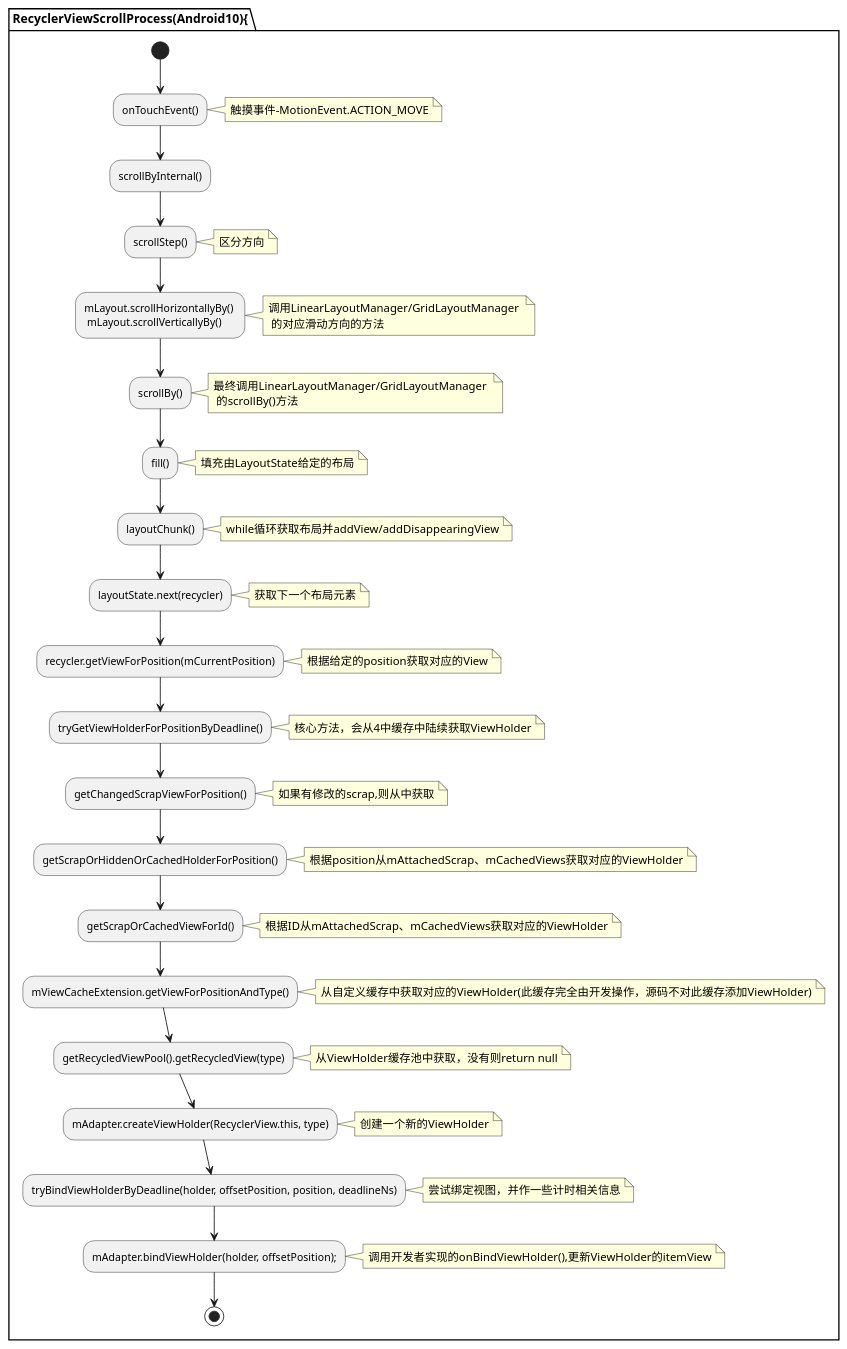
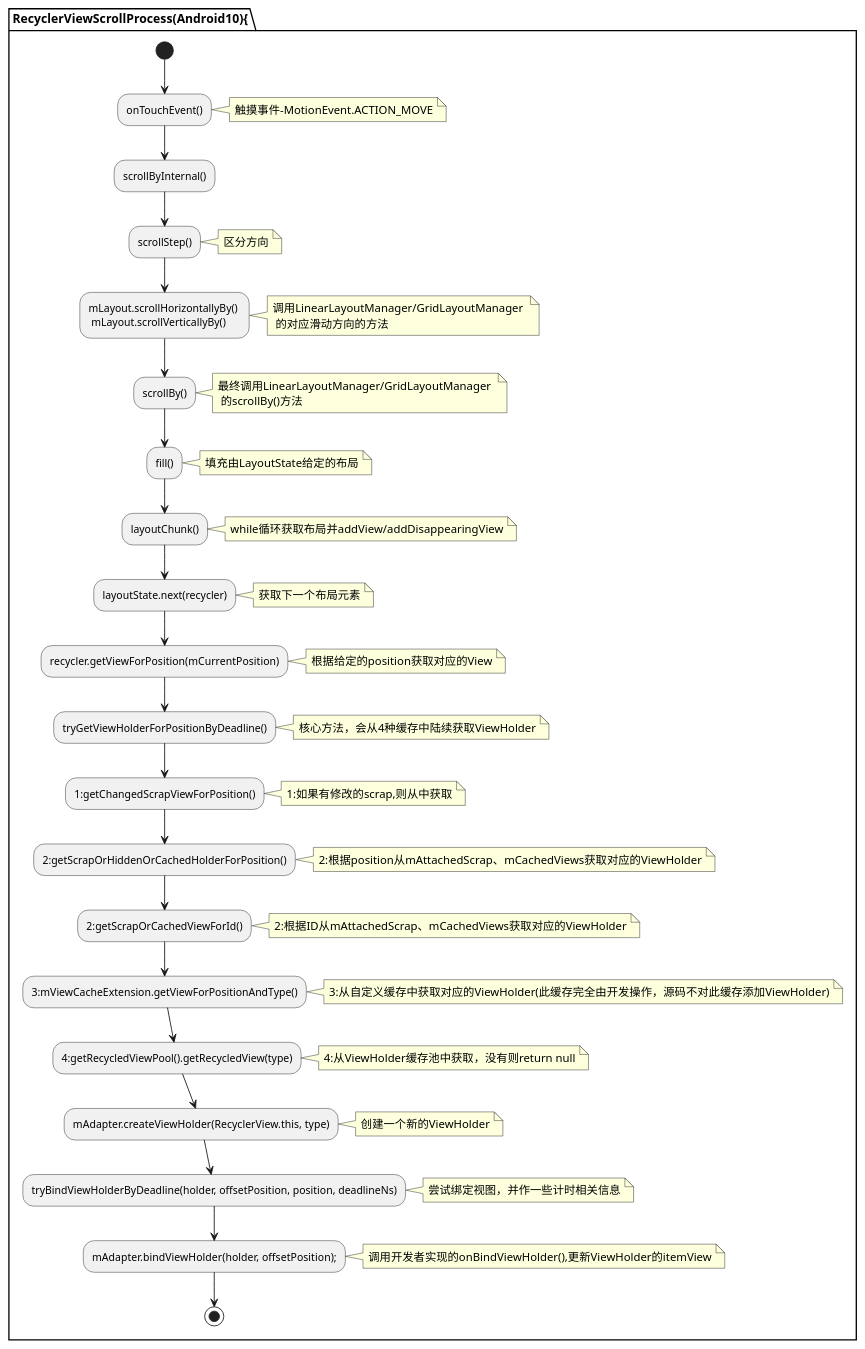
Before and after one commit to qiaodier/MVPDemo: the diagram in uml/RecyclerViewScrollProcess.puml, drawn with PlantUML.

Commit message:
更新流程描述

```diff
--- a/uml/RecyclerViewScrollProcess.puml
+++ b/uml/RecyclerViewScrollProcess.puml
@@ -1,43 +1,43 @@
 @startuml
 'https://plantuml.com/sequence-diagram
 
 partition RecyclerViewScrollProcess(Android10){
 (*) --> onTouchEvent()
 note right: 触摸事件-MotionEvent.ACTION_MOVE
 --> scrollByInternal()
 --> scrollStep()
 note right: 区分方向
 --> mLayout.scrollHorizontallyBy() \n mLayout.scrollVerticallyBy()
 note right:调用LinearLayoutManager/GridLayoutManager \n 的对应滑动方向的方法
 --> scrollBy()
 note right:最终调用LinearLayoutManager/GridLayoutManager \n 的scrollBy()方法
 --> fill()
 note right:填充由LayoutState给定的布局
 --> layoutChunk()
 note right:while循环获取布局并addView/addDisappearingView
 --> layoutState.next(recycler)
 note right:获取下一个布局元素
 --> recycler.getViewForPosition(mCurrentPosition)
 note right:根据给定的position获取对应的View
 --> tryGetViewHolderForPositionByDeadline()
-note right:核心方法，会从4中缓存中陆续获取ViewHolder
---> getChangedScrapViewForPosition()
-note right:如果有修改的scrap,则从中获取
---> getScrapOrHiddenOrCachedHolderForPosition()
-note right:根据position从mAttachedScrap、mCachedViews获取对应的ViewHolder
---> getScrapOrCachedViewForId()
-note right:根据ID从mAttachedScrap、mCachedViews获取对应的ViewHolder
---> mViewCacheExtension.getViewForPositionAndType()
-note right:从自定义缓存中获取对应的ViewHolder(此缓存完全由开发操作，源码不对此缓存添加ViewHolder)
---> getRecycledViewPool().getRecycledView(type)
-note right:从ViewHolder缓存池中获取，没有则return null
+note right:核心方法，会从4种缓存中陆续获取ViewHolder
+--> 1:getChangedScrapViewForPosition()
+note right:1:如果有修改的scrap,则从中获取
+--> 2:getScrapOrHiddenOrCachedHolderForPosition()
+note right:2:根据position从mAttachedScrap、mCachedViews获取对应的ViewHolder
+--> 2:getScrapOrCachedViewForId()
+note right:2:根据ID从mAttachedScrap、mCachedViews获取对应的ViewHolder
+--> 3:mViewCacheExtension.getViewForPositionAndType()
+note right:3:从自定义缓存中获取对应的ViewHolder(此缓存完全由开发操作，源码不对此缓存添加ViewHolder)
+--> 4:getRecycledViewPool().getRecycledView(type)
+note right:4:从ViewHolder缓存池中获取，没有则return null
 --> mAdapter.createViewHolder(RecyclerView.this, type)
 note right:创建一个新的ViewHolder
 --> tryBindViewHolderByDeadline(holder, offsetPosition, position, deadlineNs)
 note right:尝试绑定视图，并作一些计时相关信息
 --> mAdapter.bindViewHolder(holder, offsetPosition);
 note right:调用开发者实现的onBindViewHolder(),更新ViewHolder的itemView
 -->(*)
 
 }
 @enduml
```
